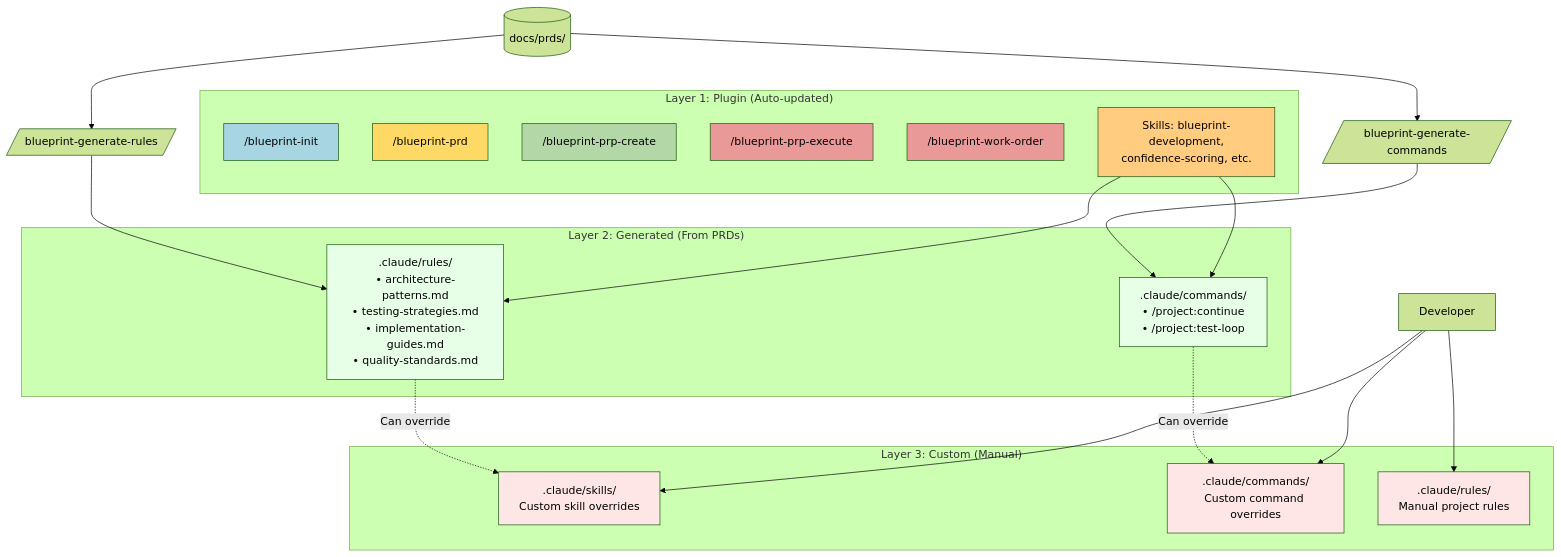
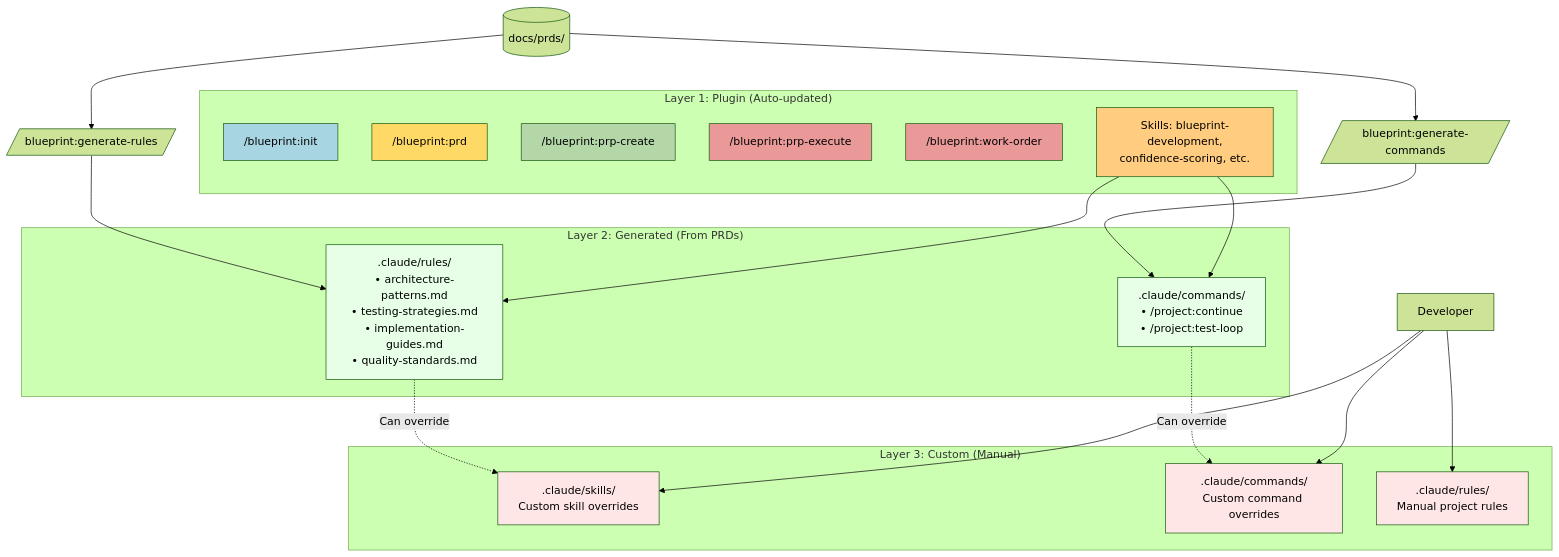
One commit to laurigates/claude-plugins changed the eighth of 8 diagrams in blueprint-plugin/docs/blueprint-plugin-sequence.md. Above: the diagram before and after it, drawn with Mermaid (forest theme). The commit also changed other lines of this file and 279 other files, not shown here.

````diff
--- a/blueprint-plugin/docs/blueprint-plugin-sequence.md
+++ b/blueprint-plugin/docs/blueprint-plugin-sequence.md
@@ -521,50 +521,50 @@
 ```mermaid
 graph TB
     subgraph "Layer 1: Plugin (Auto-updated)"
-        P1["/blueprint-init"]
-        P2["/blueprint-prd"]
-        P3["/blueprint-prp-create"]
-        P4["/blueprint-prp-execute"]
-        P5["/blueprint-work-order"]
+        P1["/blueprint:init"]
+        P2["/blueprint:prd"]
+        P3["/blueprint:prp-create"]
+        P4["/blueprint:prp-execute"]
+        P5["/blueprint:work-order"]
         P6["Skills: blueprint-development,\nconfidence-scoring, etc."]
     end
 
     subgraph "Layer 2: Generated (From PRDs)"
         G1[".claude/rules/\n• architecture-patterns.md\n• testing-strategies.md\n• implementation-guides.md\n• quality-standards.md"]
         G2[".claude/commands/\n• /project:continue\n• /project:test-loop"]
     end
 
     subgraph "Layer 3: Custom (Manual)"
         C1[".claude/skills/\nCustom skill overrides"]
         C2[".claude/commands/\nCustom command overrides"]
         C3[".claude/rules/\nManual project rules"]
     end
 
-    PRD[(docs/prds/)] --> Generate[/blueprint-generate-rules/]
-    PRD --> Generate2[/blueprint-generate-commands/]
+    PRD[(docs/prds/)] --> Generate[/blueprint:generate-rules/]
+    PRD --> Generate2[/blueprint:generate-commands/]
 
     Generate --> G1
     Generate2 --> G2
 
     G1 -.->|Can override| C1
     G2 -.->|Can override| C2
 
     Developer[Developer] --> C1
     Developer --> C2
     Developer --> C3
 
     P6 --> G1
     P6 --> G2
 
     style P1 fill:#a8d5e2
     style P2 fill:#ffd966
     style P3 fill:#b4d7a8
     style P4 fill:#ea9999
     style P5 fill:#ea9999
     style P6 fill:#ffcc80
     style G1 fill:#e6ffe6
     style G2 fill:#e6ffe6
     style C1 fill:#ffe6e6
     style C2 fill:#ffe6e6
     style C3 fill:#ffe6e6
 ```
````
